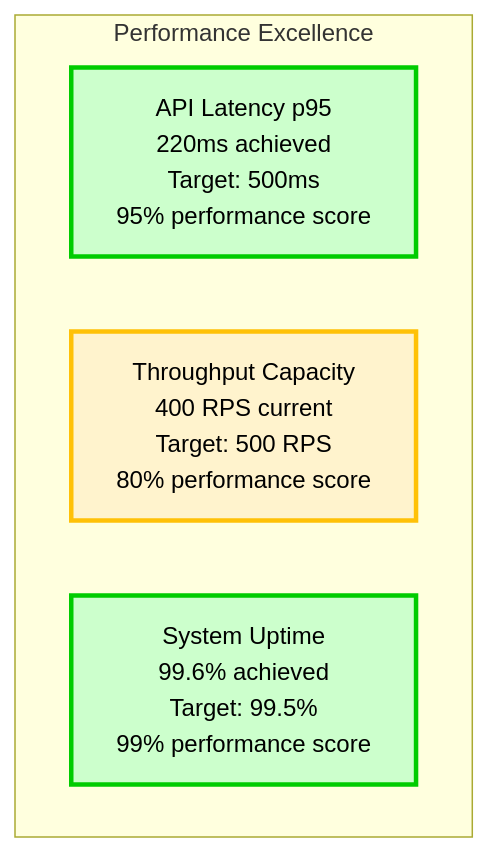
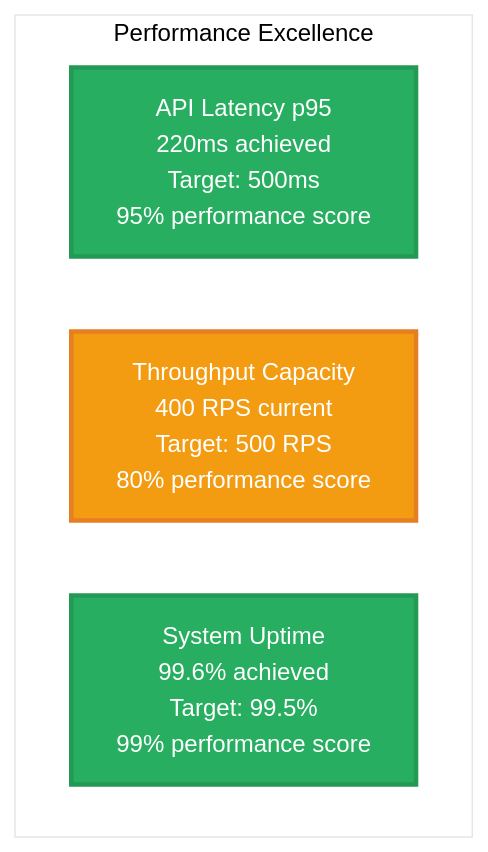
One commit to PriscillaOng12/AI-Code-Review-Squad changed the sixth of 20 diagrams in README.md. Above: the diagram before and after it, drawn with Mermaid. The commit also changed other lines of this file, not shown here.

````diff
--- a/README.md
+++ b/README.md
@@ -159,12 +183,13 @@
 ```mermaid
+%%{init: {'theme': 'base', 'themeVariables': {'primaryColor': '#ffffff', 'primaryTextColor': '#2c3e50', 'primaryBorderColor': '#2c3e50', 'lineColor': '#34495e', 'secondaryColor': '#ffffff', 'tertiaryColor': '#ffffff', 'background': '#ffffff', 'mainBkg': '#ffffff', 'secondBkg': '#ffffff', 'tertiaryBkg': '#ffffff'}}}%%
 graph TB
     subgraph "Performance Excellence"
         API[API Latency p95<br/>220ms achieved<br/>Target: 500ms<br/>95% performance score]
         THROUGHPUT[Throughput Capacity<br/>400 RPS current<br/>Target: 500 RPS<br/>80% performance score]
         UPTIME[System Uptime<br/>99.6% achieved<br/>Target: 99.5%<br/>99% performance score]
     end
     
-    style API fill:#ccffcc,stroke:#00cc00,stroke-width:3px,color:#000000
-    style THROUGHPUT fill:#fff3cd,stroke:#ffc107,stroke-width:3px,color:#000000
-    style UPTIME fill:#ccffcc,stroke:#00cc00,stroke-width:3px,color:#000000
+    style API fill:#27ae60,stroke:#229954,stroke-width:3px,color:#ffffff
+    style THROUGHPUT fill:#f39c12,stroke:#e67e22,stroke-width:3px,color:#ffffff
+    style UPTIME fill:#27ae60,stroke:#229954,stroke-width:3px,color:#ffffff
 ```
````
